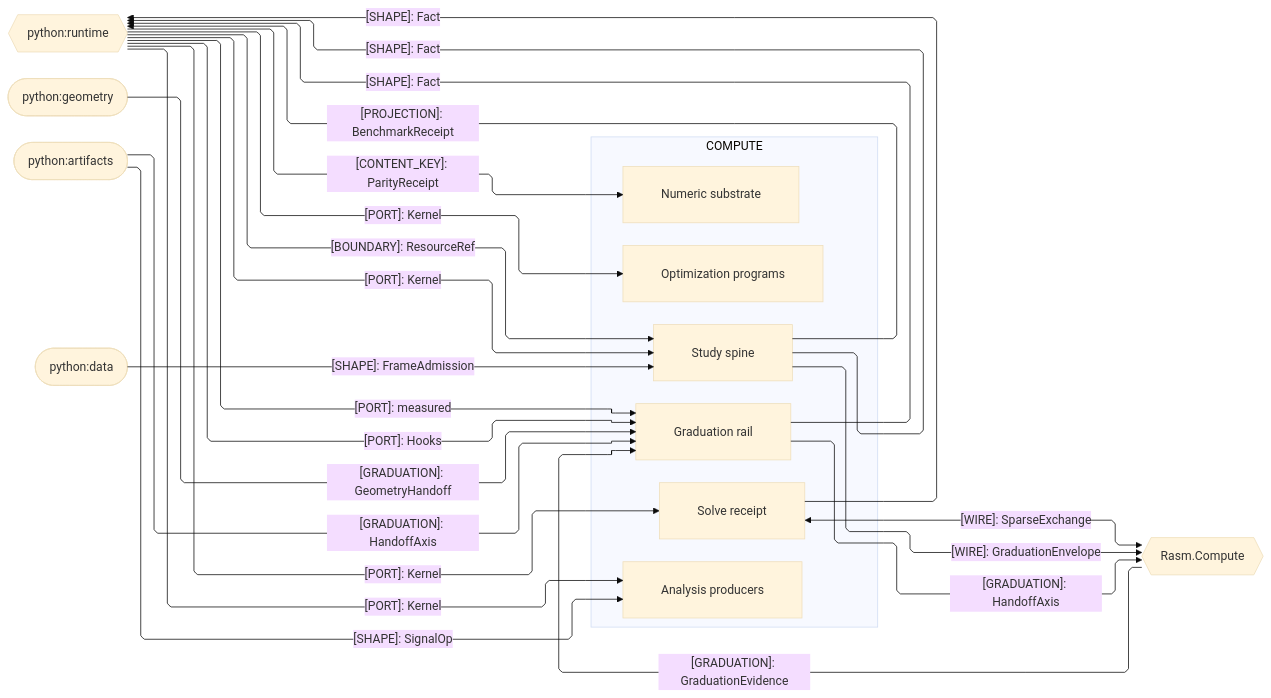
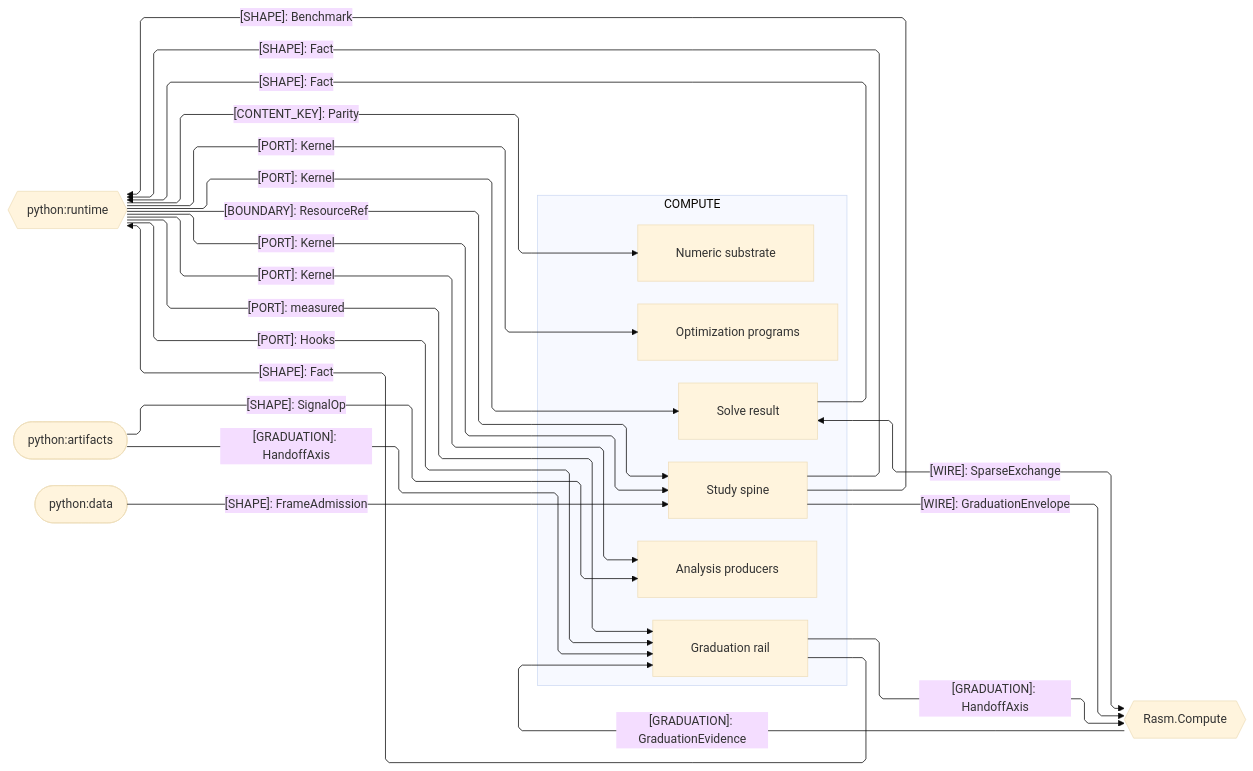
One commit to bsamiee/Rasm changed the second of 3 diagrams in libs/python/compute/ARCHITECTURE.md. Above: the diagram before and after it, drawn with Mermaid (base theme). The commit also changed other lines of this file and 1417 other files, not shown here.

````diff
--- a/libs/python/compute/ARCHITECTURE.md
+++ b/libs/python/compute/ARCHITECTURE.md
@@ -97,45 +97,43 @@
 ```mermaid
 ---
 config:
   layout: elk
   flowchart:
     curve: linear
     padding: 25
 ---
 flowchart LR
     accTitle: Compute package seam registry
     accDescr: Compute sub-domain owners exchanging graduation evidence, content keys, and the Kernel port with peers.
     subgraph compute[COMPUTE]
         Graduation[Graduation rail]
-        Solvers[Solve receipt]
+        Solvers[Solve result]
         Numerics[Numeric substrate]
         Experiments[Study spine]
         Analysis[Analysis producers]
         Optimization[Optimization programs]
     end
     Compute{{Rasm.Compute}}
     Runtime{{python:runtime}}
-    Geometry([python:geometry])
     Artifacts([python:artifacts])
     Data([python:data])
     Graduation e1@-->|"[GRADUATION]: HandoffAxis"| Compute
     Compute e2@-->|"[GRADUATION]: GraduationEvidence"| Graduation
     Experiments e3@-->|"[WIRE]: GraduationEnvelope"| Compute
     Solvers e4@<-->|"[WIRE]: SparseExchange"| Compute
-    Geometry e5@-->|"[GRADUATION]: GeometryHandoff"| Graduation
     Artifacts e6@-->|"[GRADUATION]: HandoffAxis"| Graduation
     Artifacts e7@-->|"[SHAPE]: SignalOp"| Analysis
-    Runtime e8@-->|"[CONTENT_KEY]: ParityReceipt"| Numerics
+    Runtime e8@-->|"[CONTENT_KEY]: Parity"| Numerics
     Runtime e9@-->|"[BOUNDARY]: ResourceRef"| Experiments
     Data e10@-->|"[SHAPE]: FrameAdmission"| Experiments
-    Experiments e11@-->|"[PROJECTION]: BenchmarkReceipt"| Runtime
+    Experiments e11@-->|"[SHAPE]: Benchmark"| Runtime
     Graduation e12@-->|"[SHAPE]: Fact"| Runtime
     Experiments e13@-->|"[SHAPE]: Fact"| Runtime
     Solvers e14@-->|"[SHAPE]: Fact"| Runtime
     Runtime e15@-->|"[PORT]: Kernel"| Solvers
     Runtime e16@-->|"[PORT]: measured"| Graduation
     Runtime e17@-->|"[PORT]: Hooks"| Graduation
     Runtime e18@-->|"[PORT]: Kernel"| Experiments
     Runtime e19@-->|"[PORT]: Kernel"| Analysis
     Runtime e20@-->|"[PORT]: Kernel"| Optimization
 ```
````
